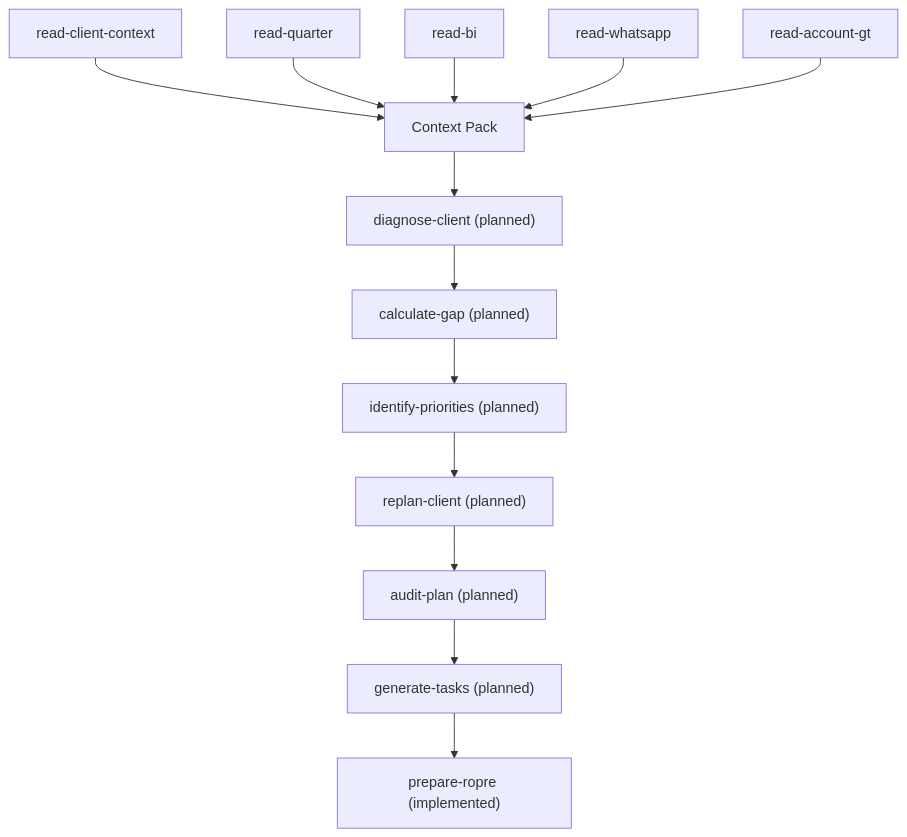
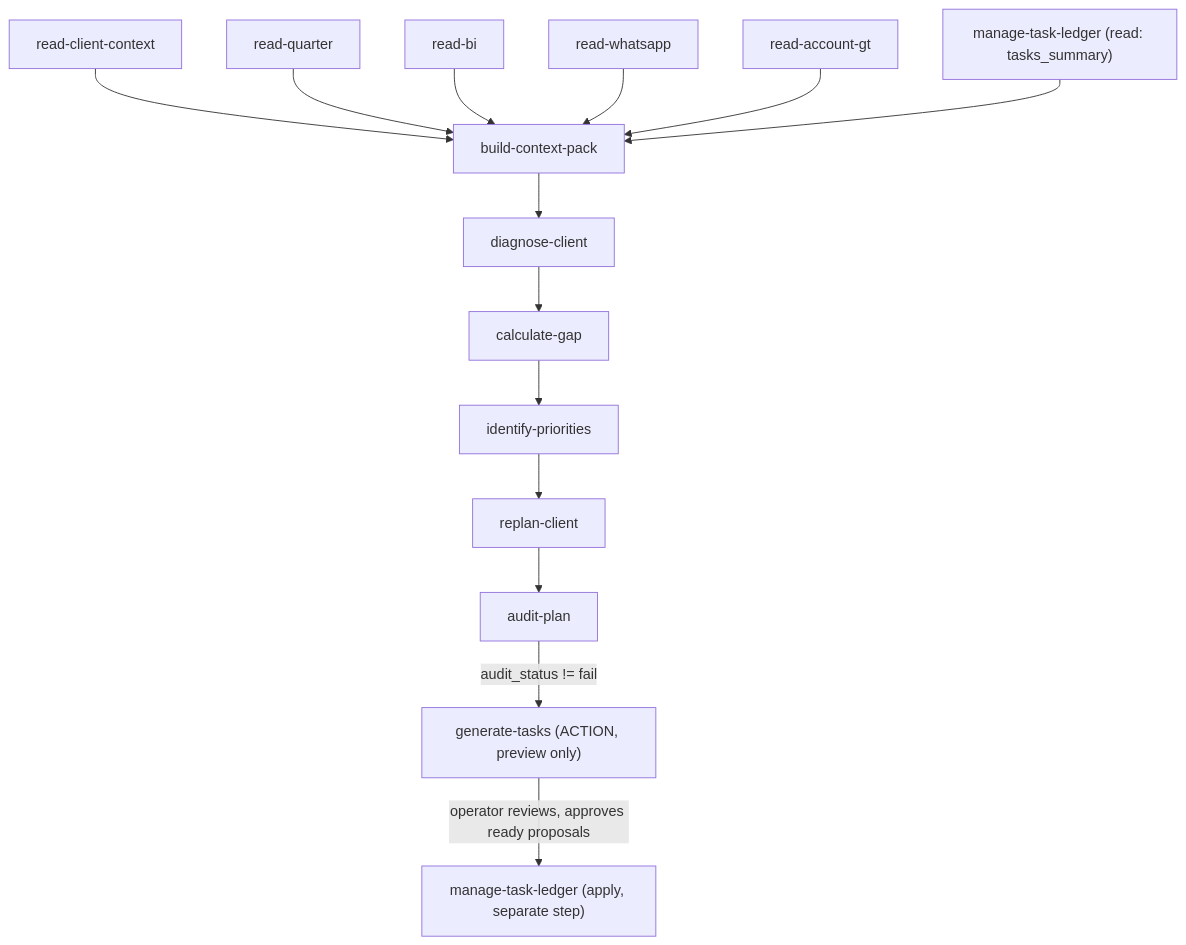
The diagram in docs/workflows/replan-client.md (kauafernandes-v4companyUB/v4-bu-autopilot), drawn with Mermaid before and after one commit. The commit also changed other lines of this file and 3 other files, not shown here.

````diff
--- a/docs/workflows/replan-client.md
+++ b/docs/workflows/replan-client.md
@@ -11,15 +10,16 @@
 ```mermaid
 flowchart TD
-    A["read-client-context"] --> F[Context Pack]
+    A["read-client-context"] --> F["build-context-pack"]
     B["read-quarter"] --> F
     C["read-bi"] --> F
     D["read-whatsapp"] --> F
     E["read-account-gt"] --> F
-    F --> G["diagnose-client (planned)"]
-    G --> H["calculate-gap (planned)"]
-    H --> I["identify-priorities (planned)"]
-    I --> J["replan-client (planned)"]
-    J --> K["audit-plan (planned)"]
-    K --> L["generate-tasks (planned)"]
-    L --> M["prepare-ropre (implemented)"]
+    Z["manage-task-ledger (read: tasks_summary)"] --> F
+    F --> G["diagnose-client"]
+    G --> H["calculate-gap"]
+    H --> I["identify-priorities"]
+    I --> J["replan-client"]
+    J --> K["audit-plan"]
+    K -->|audit_status != fail| L["generate-tasks (ACTION, preview only)"]
+    L -->|operator reviews, approves ready proposals| M["manage-task-ledger (apply, separate step)"]
 ```
````
